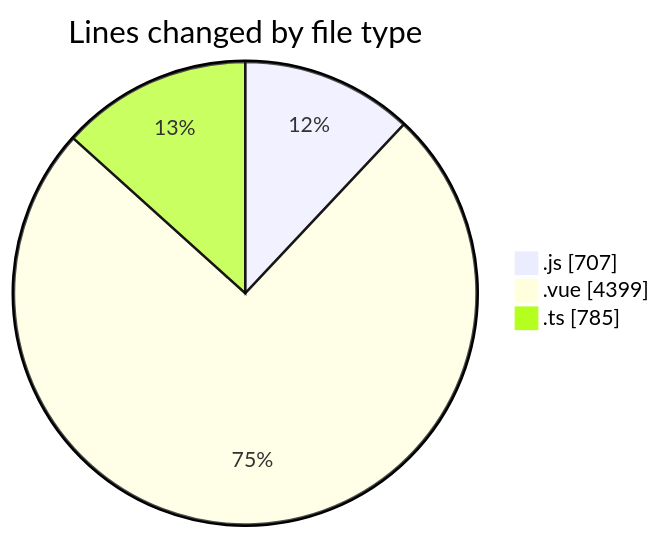
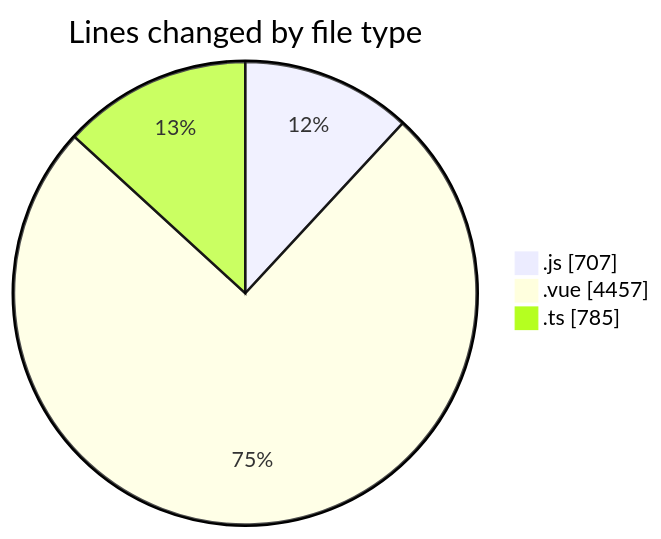
Before and after one commit to lephambinh05/code-tracking: the first of 2 diagrams in 2025-08-17/rentotp/README.md, drawn with Mermaid. The commit also changed other lines of this file and 1 other file, not shown here.

````diff
--- a/2025-08-17/rentotp/README.md
+++ b/2025-08-17/rentotp/README.md
@@ -38,7 +38,7 @@
 ```mermaid
 pie showData
 title Lines changed by file type
 ".js" : 707
-".vue" : 4399
+".vue" : 4457
 ".ts" : 785
 ```
````
